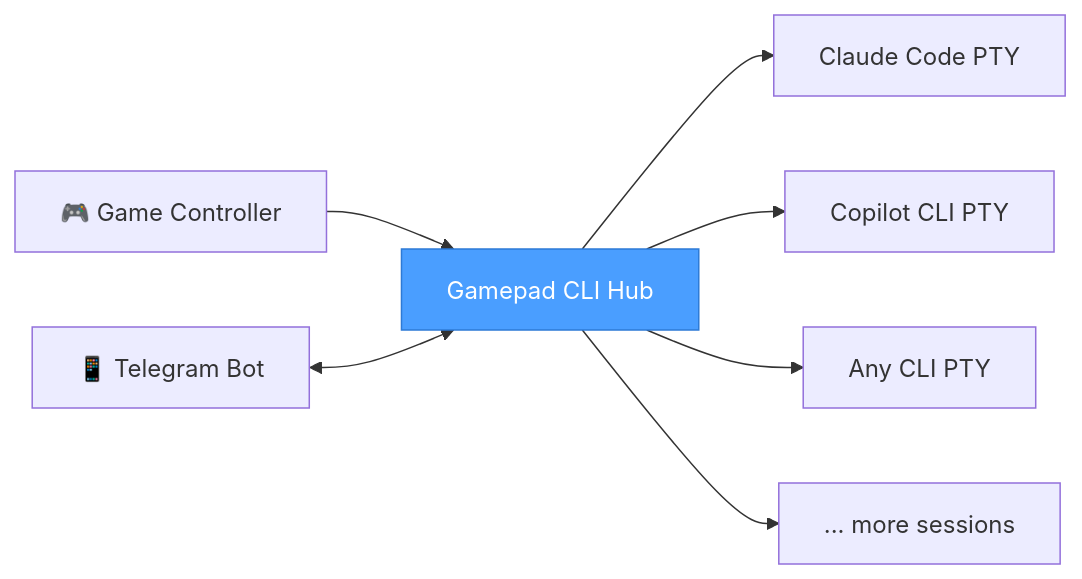
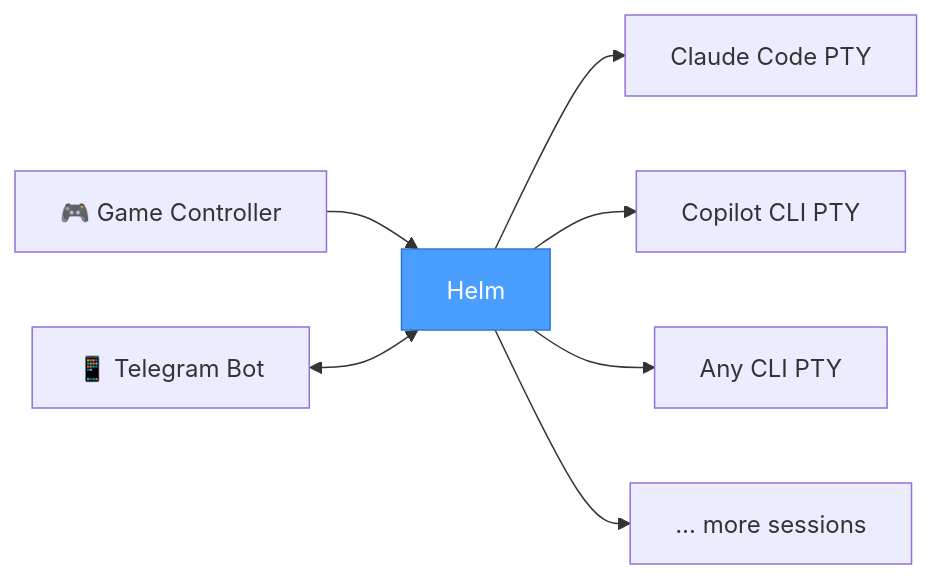
The diagram in README.md (PetePeter/gamepad-cli-hub), drawn with Mermaid before and after one commit. The commit also changed other lines of this file and 74 other files, not shown here.

````diff
--- a/README.md
+++ b/README.md
@@ -207,11 +212,11 @@
 ```mermaid
 graph LR
-    XB[🎮 Game Controller] --> APP[Gamepad CLI Hub]
+    XB[🎮 Game Controller] --> APP[Helm]
     TG[📱 Telegram Bot] <--> APP
     APP --> T1[Claude Code PTY]
     APP --> T2[Copilot CLI PTY]
     APP --> T3[Any CLI PTY]
     APP --> T4[... more sessions]
 
     style APP fill:#4a9eff,color:#fff,stroke:#2d7ad6
 ```
````
